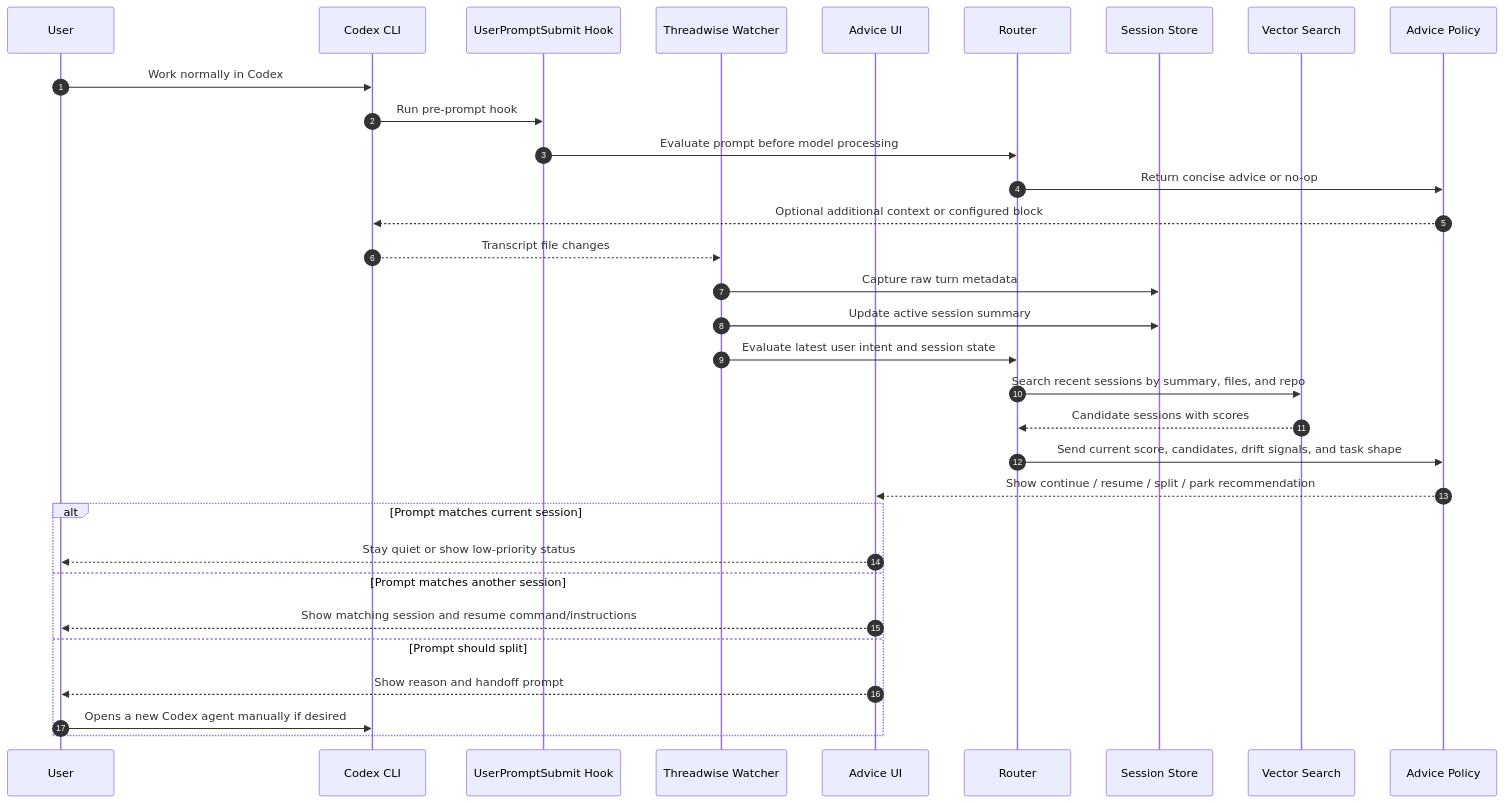
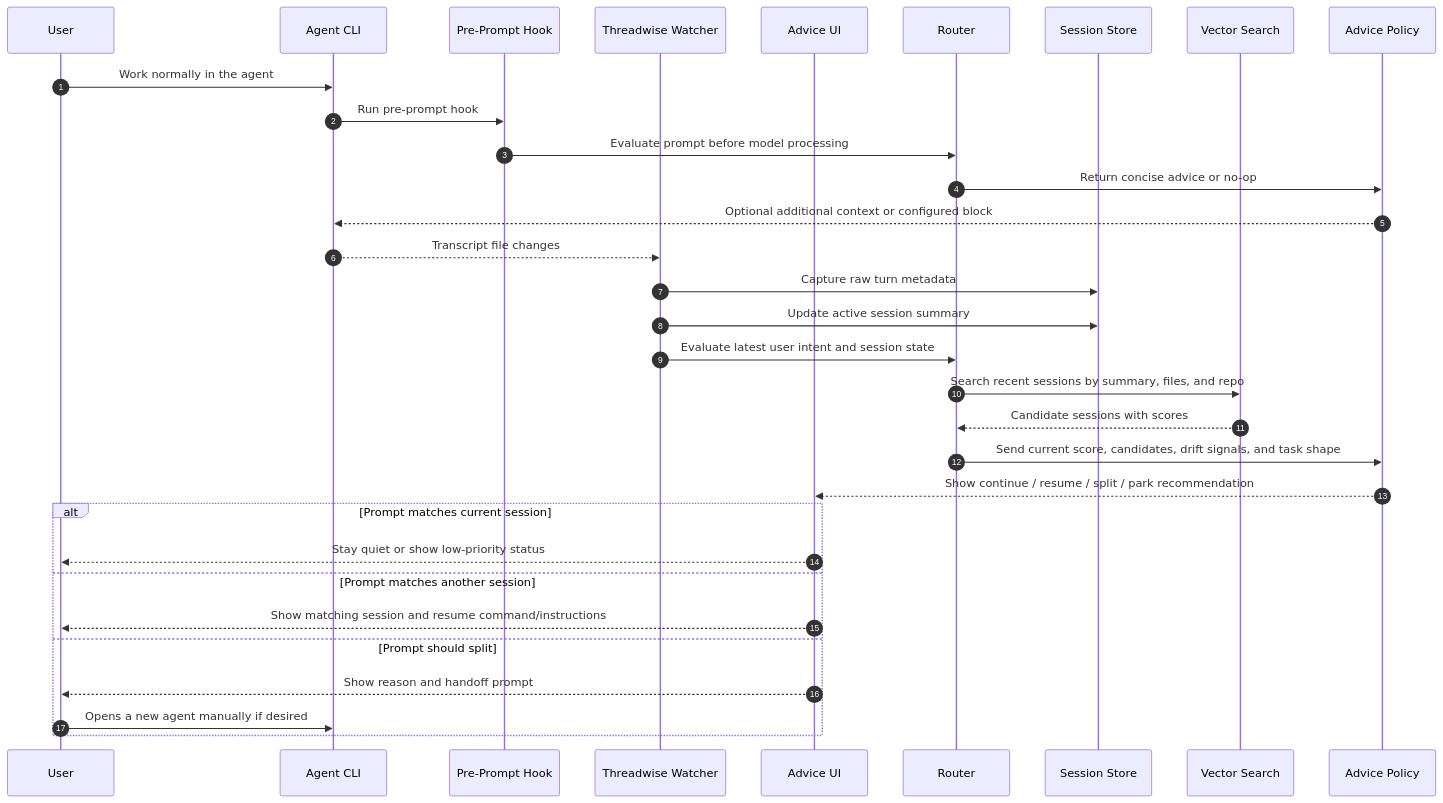
The second of 4 diagrams in docs/architecture.md (amir-h-rassafi/threadwise), drawn with Mermaid before and after one commit. The commit also changed other lines of this file and 1 other file, not shown here.

````diff
--- a/docs/architecture.md
+++ b/docs/architecture.md
@@ -84,36 +89,36 @@
 ```mermaid
 sequenceDiagram
     autonumber
     participant U as User
-    participant A as Codex CLI
-    participant H as UserPromptSubmit Hook
+    participant A as Agent CLI
+    participant H as Pre-Prompt Hook
     participant W as Threadwise Watcher
     participant UI as Advice UI
     participant R as Router
     participant S as Session Store
     participant V as Vector Search
     participant P as Advice Policy
 
-    U->>A: Work normally in Codex
+    U->>A: Work normally in the agent
     A->>H: Run pre-prompt hook
     H->>R: Evaluate prompt before model processing
     R->>P: Return concise advice or no-op
     P-->>A: Optional additional context or configured block
     A-->>W: Transcript file changes
     W->>S: Capture raw turn metadata
     W->>S: Update active session summary
     W->>R: Evaluate latest user intent and session state
     R->>V: Search recent sessions by summary, files, and repo
     V-->>R: Candidate sessions with scores
     R->>P: Send current score, candidates, drift signals, and task shape
     P-->>UI: Show continue / resume / split / park recommendation
 
     alt Prompt matches current session
         UI-->>U: Stay quiet or show low-priority status
     else Prompt matches another session
         UI-->>U: Show matching session and resume command/instructions
     else Prompt should split
         UI-->>U: Show reason and handoff prompt
-        U->>A: Opens a new Codex agent manually if desired
+        U->>A: Opens a new agent manually if desired
     end
 ```
````
